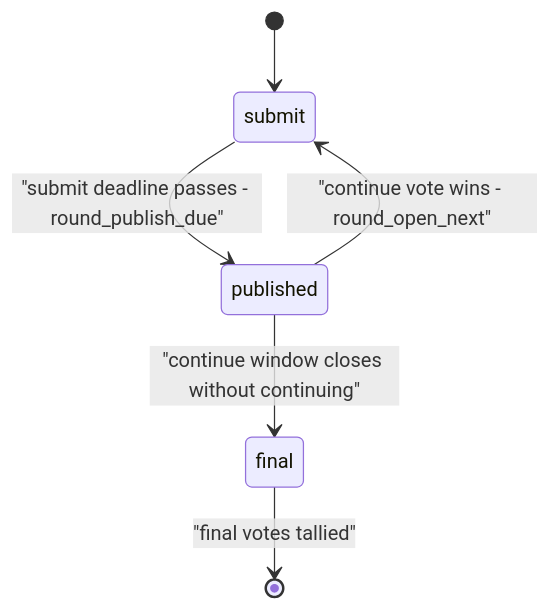
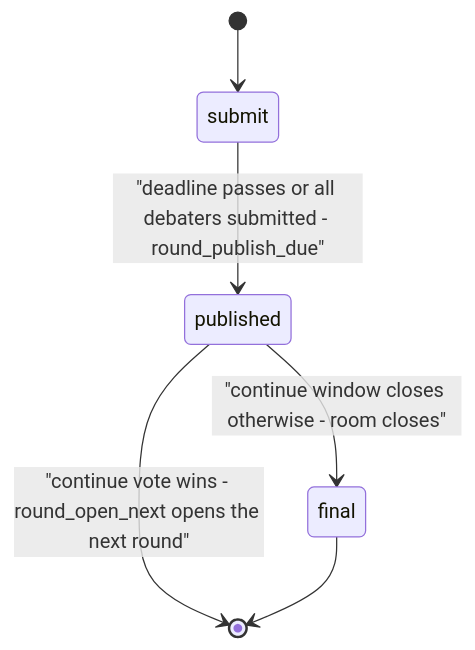
The sixth of 8 diagrams in docs/Teardown.md (flyingrobots/db8), drawn with Mermaid before and after one commit. The commit also changed other lines of this file, not shown here.

First line of the commit message:
docs: separate room status from round phase in the Teardown

````diff
--- a/docs/Teardown.md
+++ b/docs/Teardown.md
@@ -826,8 +826,8 @@
 ```mermaid
 stateDiagram-v2
     [*] --> submit
-    submit --> published : "submit deadline passes - round_publish_due"
-    published --> submit : "continue vote wins - round_open_next"
-    published --> final : "continue window closes without continuing"
-    final --> [*] : "final votes tallied"
+    submit --> published : "deadline passes or all debaters submitted - round_publish_due"
+    published --> [*] : "continue vote wins - round_open_next opens the next round"
+    published --> final : "continue window closes otherwise - room closes"
+    final --> [*]
 ```
````
